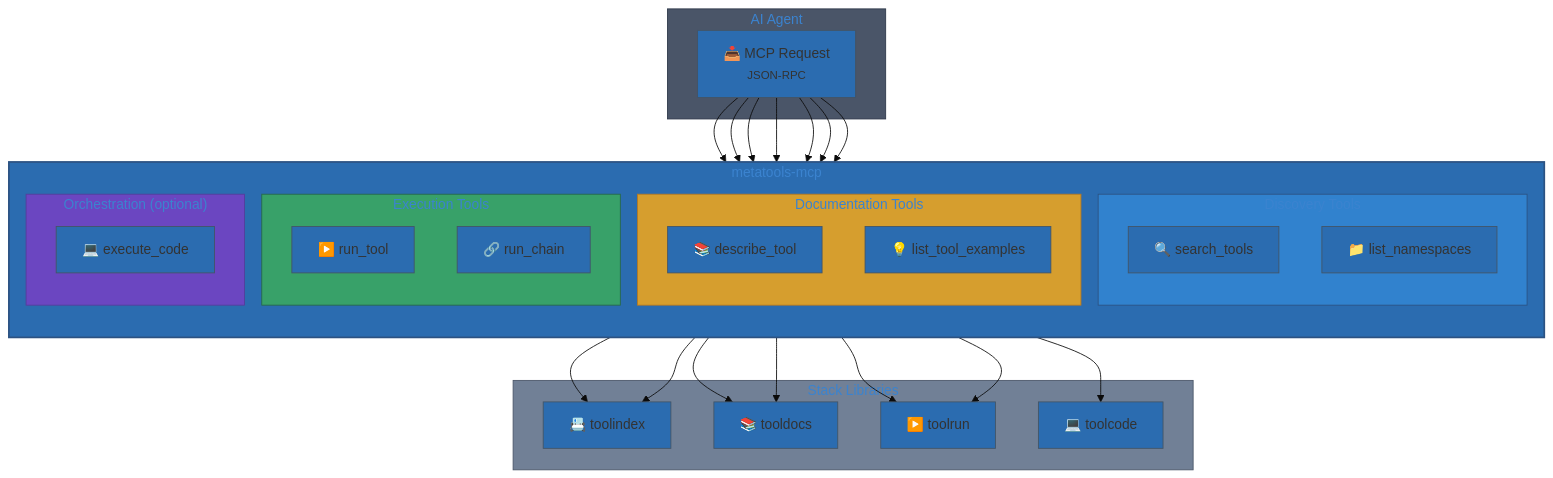
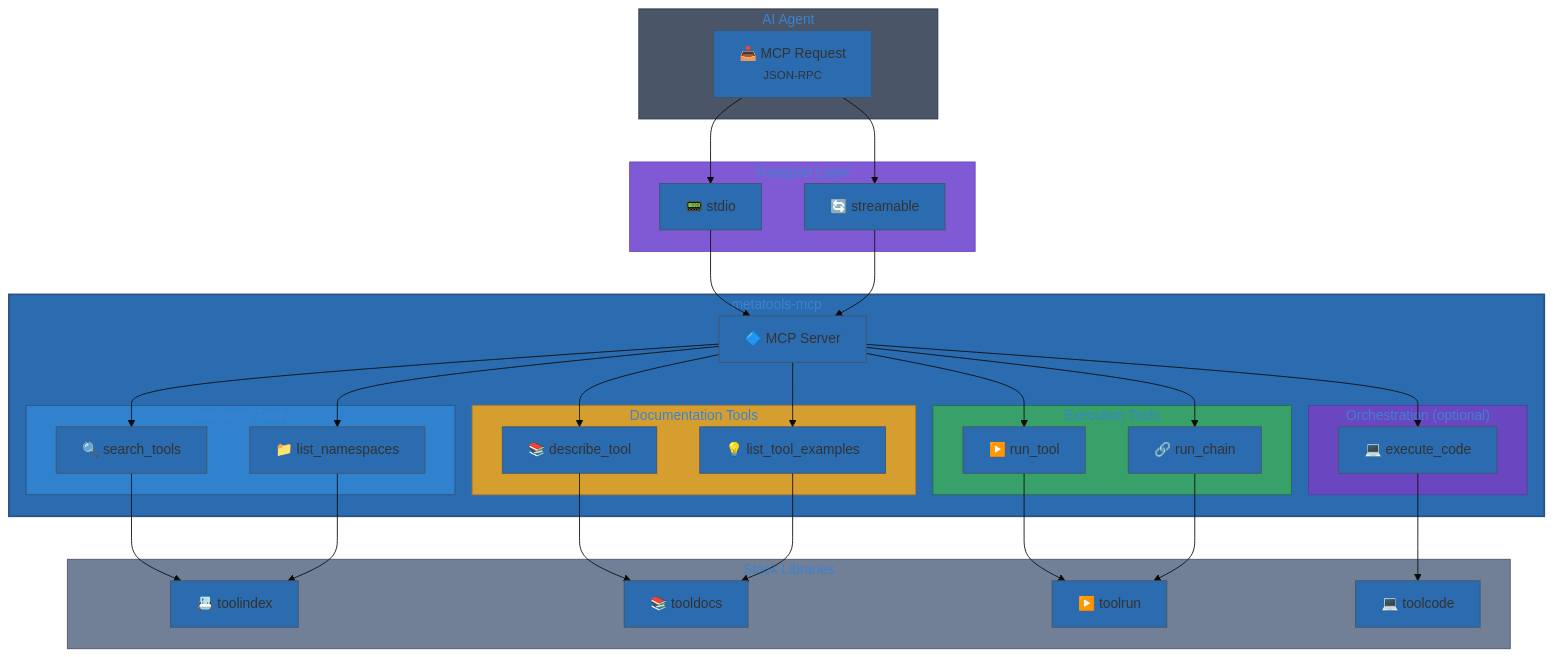
Before and after one commit to jonwraymond/metatools-mcp: the third of 3 diagrams in docs/user-journey.md, drawn with Mermaid. The commit also changed other lines of this file and 37 other files, not shown here.

Commit message:
feat: add streamable transport and docker runtime

````diff
--- a/docs/user-journey.md
+++ b/docs/user-journey.md
@@ -56,53 +113,60 @@
 ```mermaid
 %%{init: {'theme': 'base', 'themeVariables': {'primaryColor': '#2b6cb0'}}}%%
 flowchart TB
     subgraph agent["AI Agent"]
         Request["📥 MCP Request<br/><small>JSON-RPC</small>"]
     end
 
+    subgraph transport["Transport Layer"]
+        Stdio["📟 stdio"]
+        Streamable["🔄 streamable"]
+    end
+
     subgraph metatools["metatools-mcp"]
-        direction TB
+        Server["🔷 MCP Server"]
 
         subgraph discovery["Discovery Tools"]
             SearchTools["🔍 search_tools"]
             ListNS["📁 list_namespaces"]
         end
 
         subgraph docs["Documentation Tools"]
             DescribeTool["📚 describe_tool"]
             ListExamples["💡 list_tool_examples"]
         end
 
         subgraph execution["Execution Tools"]
             RunTool["▶️ run_tool"]
             RunChain["🔗 run_chain"]
         end
 
         subgraph orchestration["Orchestration (optional)"]
             ExecCode["💻 execute_code"]
         end
     end
 
     subgraph stack["Stack Libraries"]
         Index["📇 toolindex"]
         Docs2["📚 tooldocs"]
         Run["▶️ toolrun"]
         Code["💻 toolcode"]
     end
 
-    Request --> SearchTools --> Index
-    Request --> ListNS --> Index
-    Request --> DescribeTool --> Docs2
-    Request --> ListExamples --> Docs2
-    Request --> RunTool --> Run
-    Request --> RunChain --> Run
-    Request --> ExecCode --> Code
+    Request --> Stdio & Streamable --> Server
+    Server --> SearchTools --> Index
+    Server --> ListNS --> Index
+    Server --> DescribeTool --> Docs2
+    Server --> ListExamples --> Docs2
+    Server --> RunTool --> Run
+    Server --> RunChain --> Run
+    Server --> ExecCode --> Code
 
     style agent fill:#4a5568,stroke:#2d3748
+    style transport fill:#805ad5,stroke:#6b46c1
     style metatools fill:#2b6cb0,stroke:#2c5282,stroke-width:2px
     style discovery fill:#3182ce,stroke:#2c5282
     style docs fill:#d69e2e,stroke:#b7791f
     style execution fill:#38a169,stroke:#276749
     style orchestration fill:#6b46c1,stroke:#553c9a
     style stack fill:#718096,stroke:#4a5568
 ```
````
